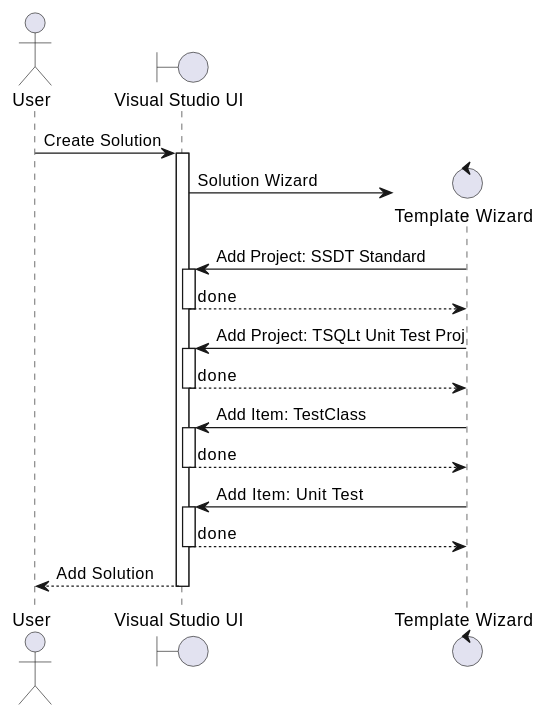
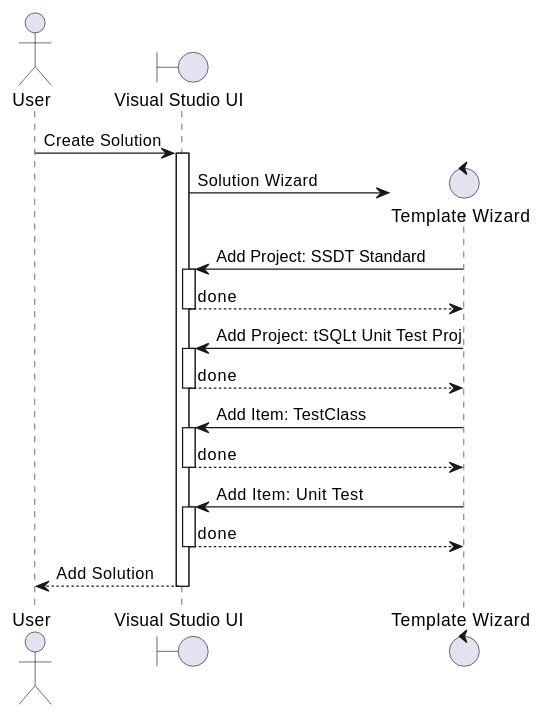
One commit to Rogue-Archivists/TSQLtTools changed the diagram in Docs/Templates.md. Above: the diagram before and after it, drawn with PlantUML. The commit also changed 28 other files, not shown here.

````diff
--- a/Docs/Templates.md
+++ b/Docs/Templates.md
@@ -4,26 +4,26 @@
 ```plantuml
 
 actor "User" as user
 boundary "Visual Studio UI" as vs
 control "Template Wizard" as wiz
 
 user -> vs ++: Create Solution
 vs -> wiz ** : Solution Wizard
 
 
 
 wiz -> vs ++ : Add Project: SSDT Standard
 return done
 
-wiz -> vs ++: Add Project: TSQLt Unit Test Proj
+wiz -> vs ++: Add Project: tSQLt Unit Test Proj
 return done
 
 wiz -> vs ++: Add Item: TestClass
 return done
 
 wiz -> vs ++: Add Item: Unit Test
 return done
 
 return Add Solution
 
 ```
````
